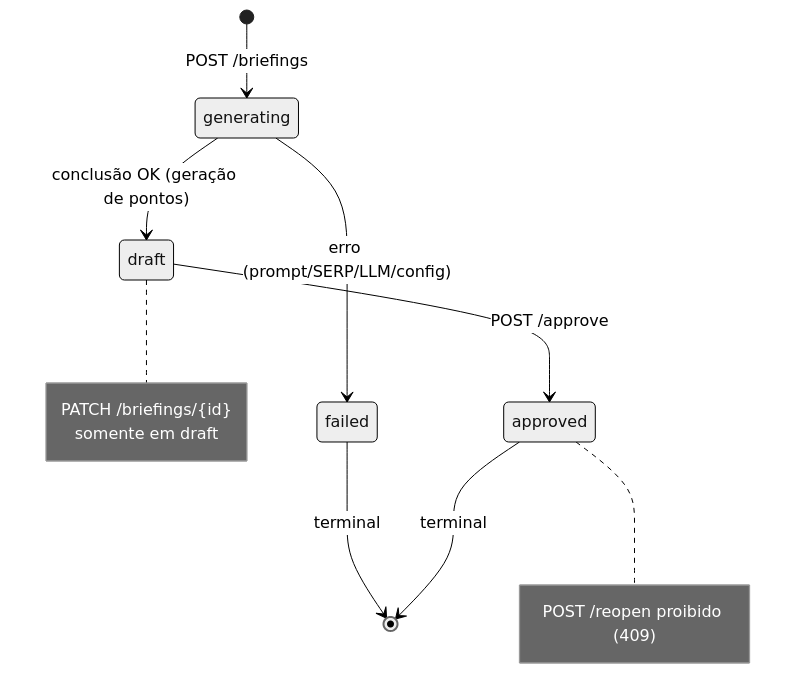
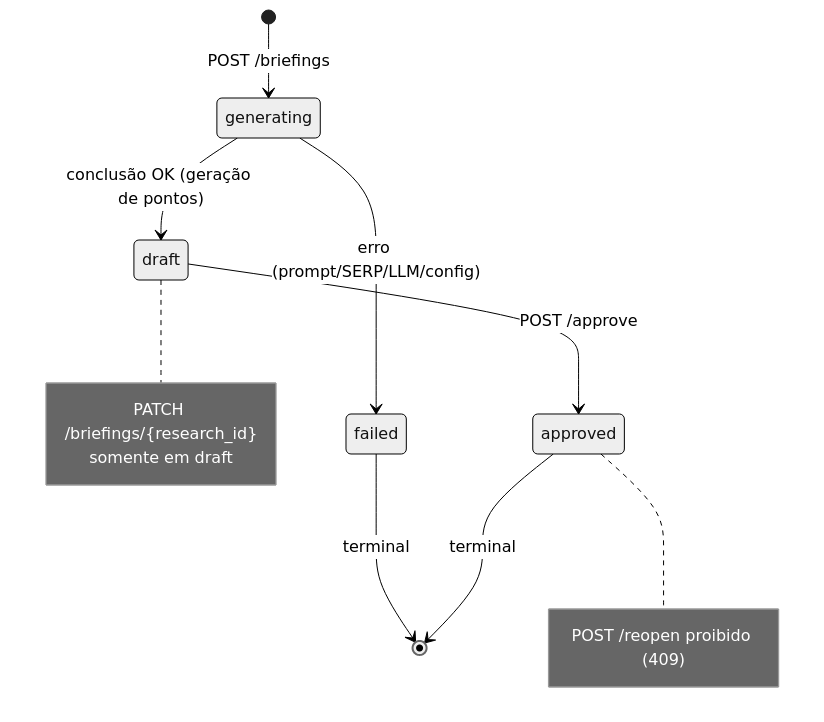
The diagram in docs/api/briefing-scout.md (eliejosuevargas01-stack/Deep-Research), drawn with Mermaid (neutral theme) before and after one commit. The commit also changed other lines of this file and 2 other files, not shown here.

Commit message:
docs(forward-002): Sprint C7 (T025) - reconciliar documentacao de API (research_id, reopen 409 e paths)

````diff
--- a/docs/api/briefing-scout.md
+++ b/docs/api/briefing-scout.md
@@ -130,18 +130,18 @@
 ```mermaid
 stateDiagram-v2
     [*] --> generating: POST /briefings
     generating --> draft: conclusão OK (geração de pontos)
     generating --> failed: erro (prompt/SERP/LLM/config)
     draft --> approved: POST /approve
     failed --> [*]: terminal
     approved --> [*]: terminal
 
     note right of approved
       POST /reopen proibido (409)
     end note
 
     note right of draft
-      PATCH /briefings/{id}
+      PATCH /briefings/{research_id}
       somente em draft
     end note
 ```
````
